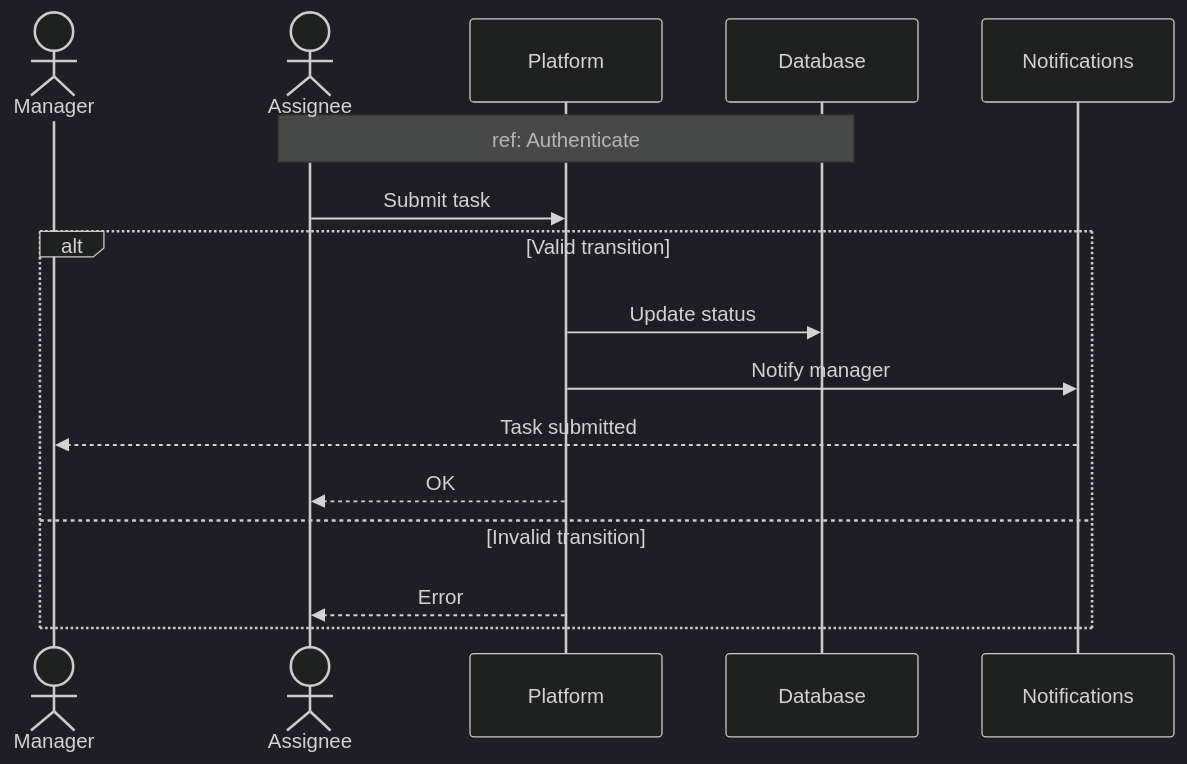
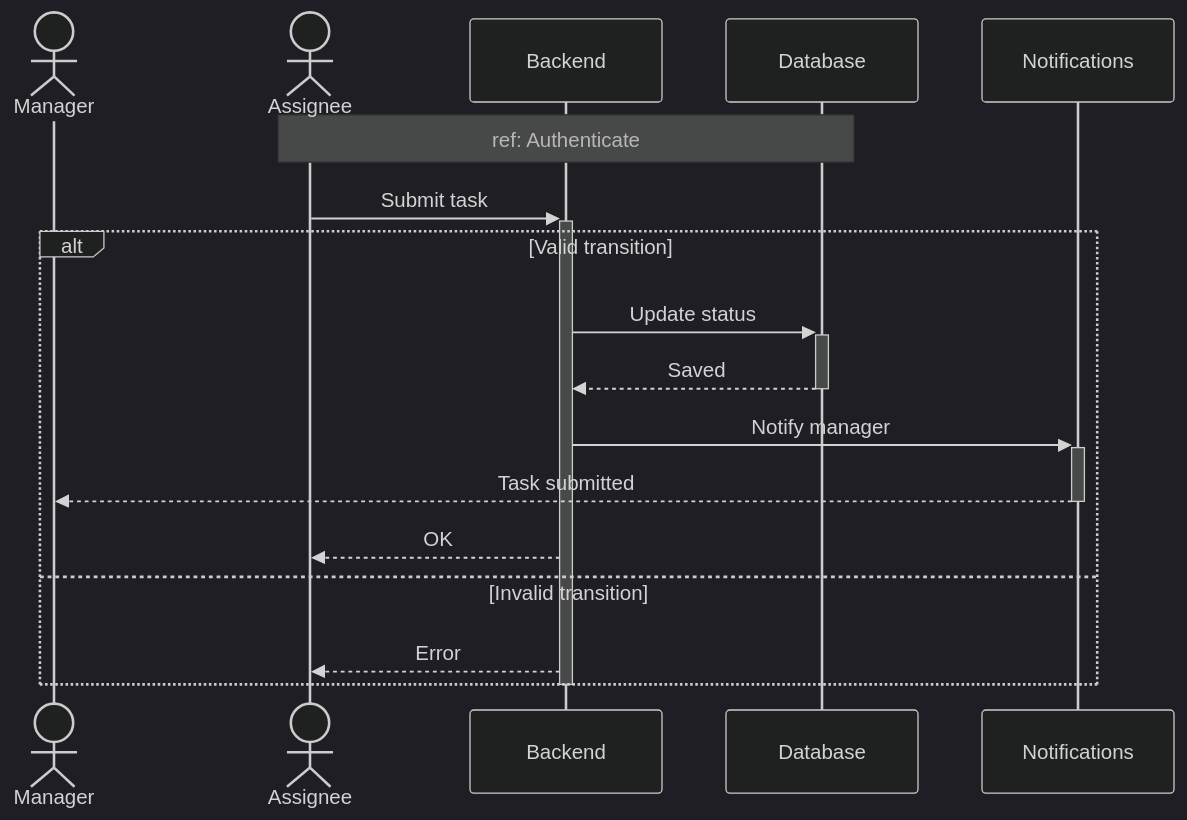
Diagram 12 of 16 in docs/SEQUENCE_DIAGRAMS.md (MohamedChebbi123/teamnest), drawn with Mermaid (dark theme) before and after one commit. The commit also changed other lines of this file, not shown here.

````diff
--- a/docs/SEQUENCE_DIAGRAMS.md
+++ b/docs/SEQUENCE_DIAGRAMS.md
@@ -368,20 +422,22 @@
 ```mermaid
 sequenceDiagram
     actor Manager
     actor Assignee
-    participant API as Platform
+    participant API as Backend
     participant DB as Database
     participant Notif as Notifications
 
     Note over Assignee,DB: ref: Authenticate
 
-    Assignee->>API: Submit task
+    Assignee->>+API: Submit task
     alt Valid transition
-        API->>DB: Update status
-        API->>Notif: Notify manager
-        Notif-->>Manager: Task submitted
+        API->>+DB: Update status
+        DB-->>-API: Saved
+        API->>+Notif: Notify manager
+        Notif-->>-Manager: Task submitted
         API-->>Assignee: OK
     else Invalid transition
         API-->>Assignee: Error
     end
+    deactivate API
 ```
````
